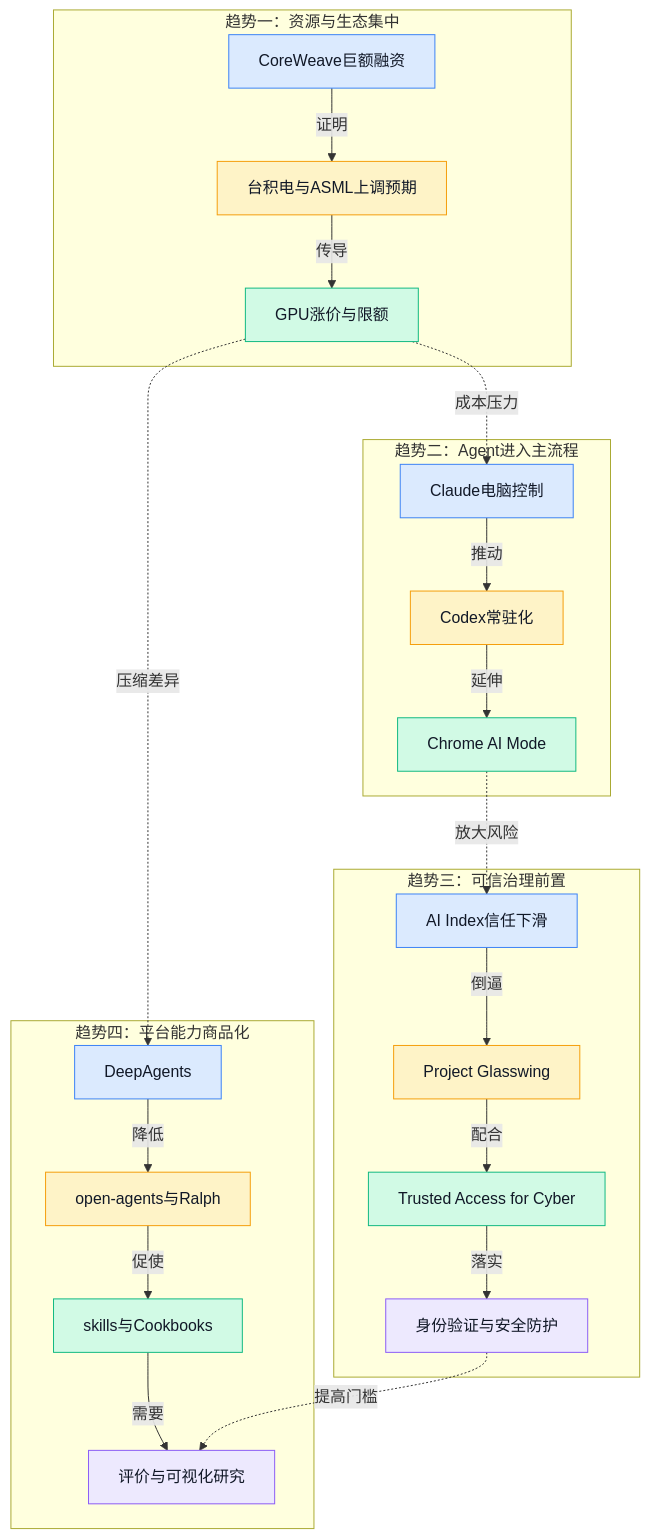
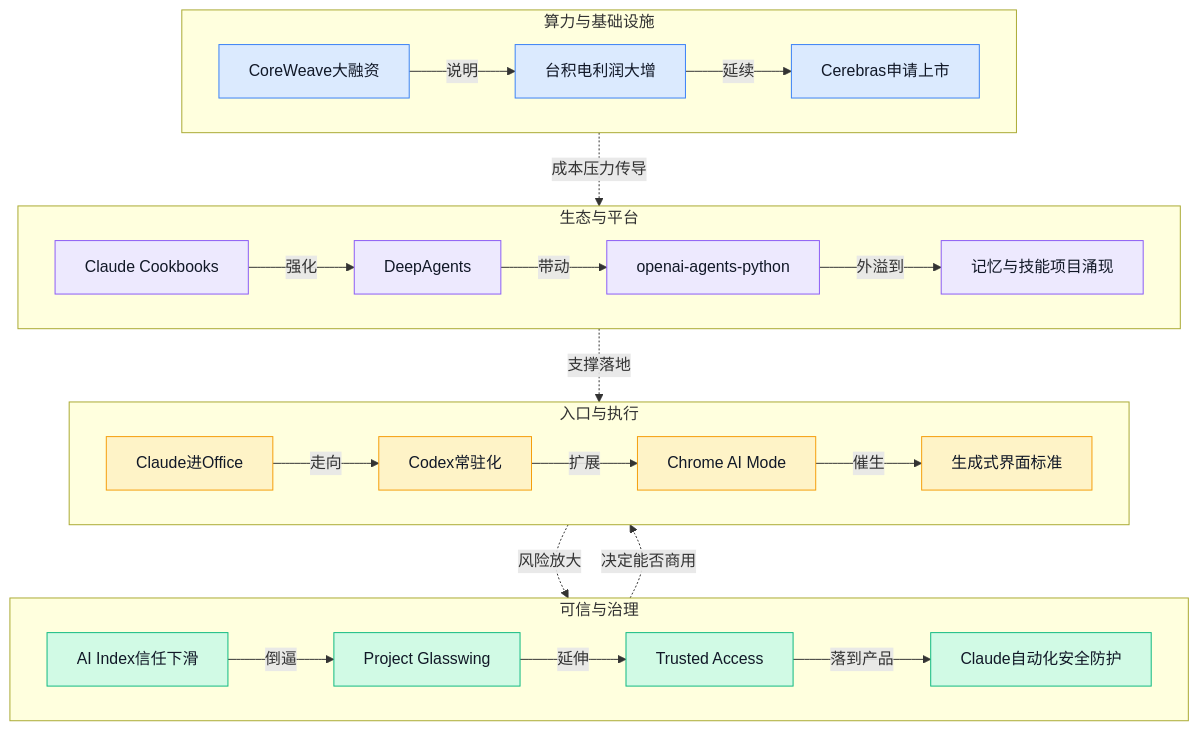
One commit to ylzsdafei/ai-daily-site changed the eighth of 8 diagrams in content/cn/blog/weekly/2026-W16.md. Above: the diagram before and after it, drawn with Mermaid. The commit also changed other lines of this file and 1 other file, not shown here.

````diff
--- a/content/cn/blog/weekly/2026-W16.md
+++ b/content/cn/blog/weekly/2026-W16.md
@@ -235,47 +260,49 @@
 ```mermaid
 graph TD
-subgraph T1[趋势一：资源与生态集中]
-A[CoreWeave巨额融资]
-B[台积电与ASML上调预期]
-C[GPU涨价与限额]
+subgraph T1[算力与基础设施]
+A1[CoreWeave大融资]
+A2[台积电利润大增]
+A3[Cerebras申请上市]
 end
-subgraph T2[趋势二：Agent进入主流程]
-D[Claude电脑控制]
-E[Codex常驻化]
-F[Chrome AI Mode]
+subgraph T2[入口与执行]
+B1[Claude进Office]
+B2[Codex常驻化]
+B3[Chrome AI Mode]
+B4[生成式界面标准]
 end
-subgraph T3[趋势三：可信治理前置]
-G[AI Index信任下滑]
-H[Project Glasswing]
-I[Trusted Access for Cyber]
-J[身份验证与安全防护]
+subgraph T3[可信与治理]
+C1[AI Index信任下滑]
+C2[Project Glasswing]
+C3[Trusted Access]
+C4[Claude自动化安全防护]
 end
-subgraph T4[趋势四：平台能力商品化]
-K[DeepAgents]
-L[open-agents与Ralph]
-M[skills与Cookbooks]
-N[评价与可视化研究]
+subgraph T4[生态与平台]
+D1[Claude Cookbooks]
+D2[DeepAgents]
+D3[openai-agents-python]
+D4[记忆与技能项目涌现]
 end
-A -->|证明| B
-B -->|传导| C
-D -->|推动| E
-E -->|延伸| F
-G -->|倒逼| H
-H -->|配合| I
-I -->|落实| J
-K -->|降低| L
-L -->|促使| M
-M -->|需要| N
-C -.->|成本压力| D
-F -.->|放大风险| G
-J -.->|提高门槛| N
-C -.->|压缩差异| K
+A1 -->|说明| A2
+A2 -->|延续| A3
+B1 -->|走向| B2
+B2 -->|扩展| B3
+B3 -->|催生| B4
+C1 -->|倒逼| C2
+C2 -->|延伸| C3
+C3 -->|落到产品| C4
+D1 -->|强化| D2
+D2 -->|带动| D3
+D3 -->|外溢到| D4
+T1 -.->|成本压力传导| T4
+T4 -.->|支撑落地| T2
+T2 -.->|风险放大| T3
+T3 -.->|决定能否商用| T2
 classDef blue fill:#dbeafe,stroke:#3b82f6,color:#111827
 classDef yellow fill:#fef3c7,stroke:#f59e0b,color:#111827
 classDef green fill:#d1fae5,stroke:#10b981,color:#111827
 classDef purple fill:#ede9fe,stroke:#8b5cf6,color:#111827
-class A,D,G,K blue
-class B,E,H,L yellow
-class C,F,I,M green
-class J,N purple
+class A1,A2,A3 blue
+class B1,B2,B3,B4 yellow
+class C1,C2,C3,C4 green
+class D1,D2,D3,D4 purple
 ```
````
